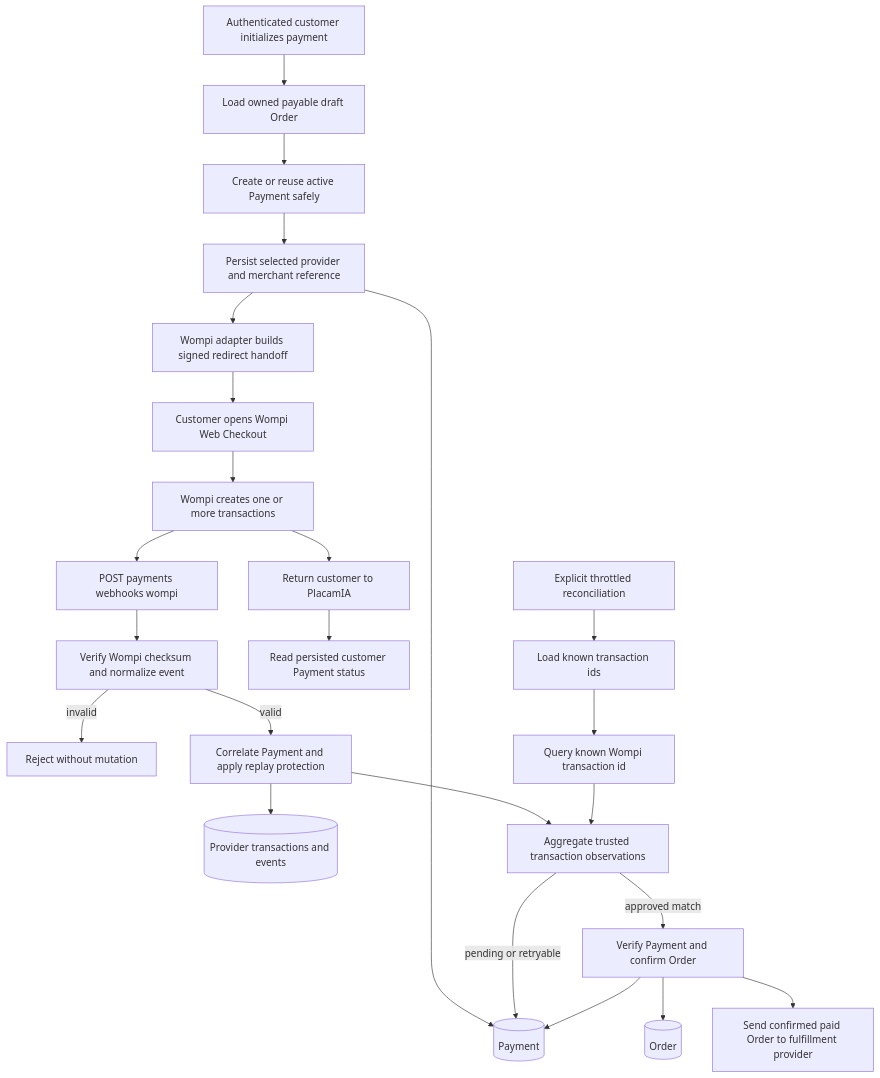
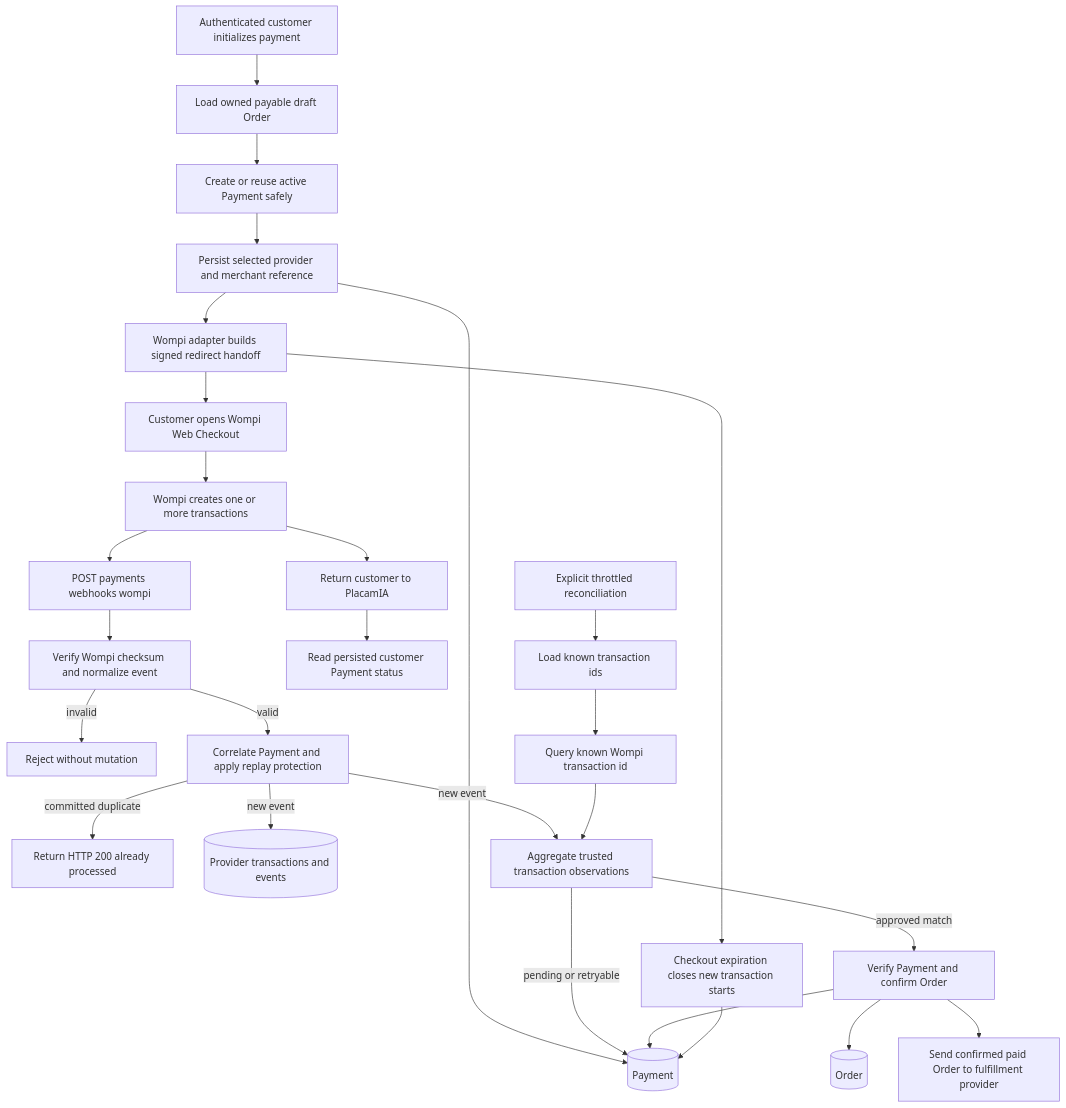
Before and after one commit to jovillal/placamia: the second of 2 diagrams in docs/flows/checkout-flow.md, drawn with Mermaid. The commit also changed other lines of this file and 7 other files, not shown here.

````diff
--- a/docs/flows/checkout-flow.md
+++ b/docs/flows/checkout-flow.md
@@ -56,28 +56,31 @@
 ```mermaid
 flowchart TD
     U1[Authenticated customer initializes payment] --> B1[Load owned payable draft Order]
     B1 --> B2[Create or reuse active Payment safely]
     B2 --> B3[Persist selected provider and merchant reference]
     B3 --> D1[(Payment)]
     B3 --> W1[Wompi adapter builds signed redirect handoff]
     W1 --> U2[Customer opens Wompi Web Checkout]
 
     U2 --> W2[Wompi creates one or more transactions]
     W2 --> W3[POST payments webhooks wompi]
     W3 --> W4[Verify Wompi checksum and normalize event]
     W4 -->|invalid| R1[Reject without mutation]
     W4 -->|valid| B4[Correlate Payment and apply replay protection]
-    B4 --> D2[(Provider transactions and events)]
-    B4 --> B5[Aggregate trusted transaction observations]
+    B4 -->|committed duplicate| A1[Return HTTP 200 already processed]
+    B4 -->|new event| D2[(Provider transactions and events)]
+    B4 -->|new event| B5[Aggregate trusted transaction observations]
     B5 -->|approved match| B6[Verify Payment and confirm Order]
     B5 -->|pending or retryable| D1
     B6 --> D1
     B6 --> D3[(Order)]
     B6 --> B7[Send confirmed paid Order to fulfillment provider]
 
     W2 --> U3[Return customer to PlacamIA]
     U3 --> B8[Read persisted customer Payment status]
+    W1 --> E1[Checkout expiration closes new transaction starts]
+    E1 --> D1
     B10[Explicit throttled reconciliation] --> B9[Load known transaction ids]
     B9 --> W5[Query known Wompi transaction id]
     W5 --> B5
 ```
````
